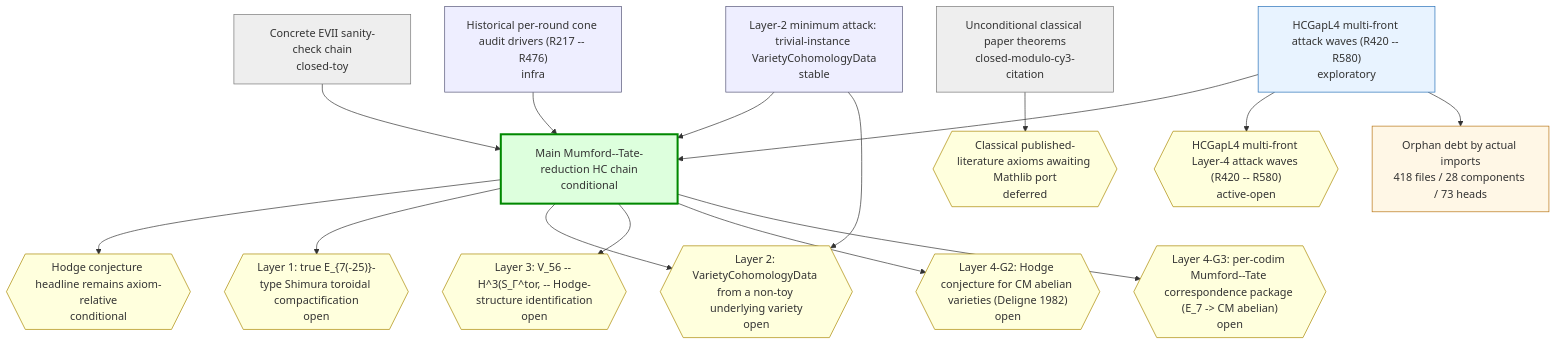
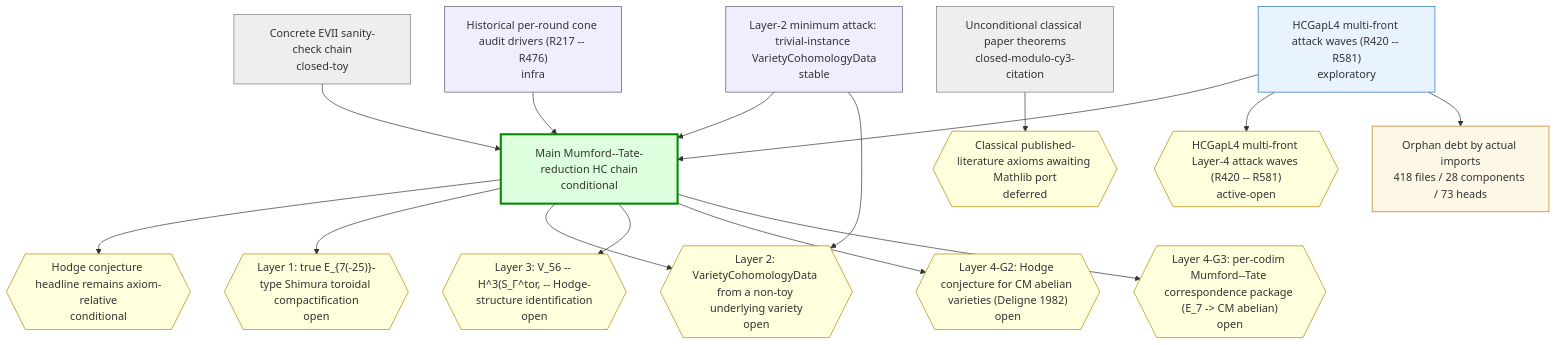
One commit to crabsatellite/hodge-conjecture-lean4-formalization changed the first of 2 diagrams in chain-status/research-map.md. Above: the diagram before and after it, drawn with Mermaid. The commit also changed other lines of this file and 7 other files, not shown here.

````diff
--- a/chain-status/research-map.md
+++ b/chain-status/research-map.md
@@ -45,44 +45,44 @@
 ```mermaid
 graph TD
   classDef main fill:#dfd,stroke:#080,stroke-width:3px
   classDef active fill:#e8f3ff,stroke:#2670b8
   classDef support fill:#eef,stroke:#557
   classDef closed fill:#eee,stroke:#777
   classDef dead fill:#fdd,stroke:#a00,stroke-width:2px
   classDef gapOpen fill:#ffd,stroke:#a80
   classDef gapClosed fill:#eee,stroke:#777
   classDef gapDead fill:#fdd,stroke:#a00
   classDef debt fill:#fff7e6,stroke:#b87514
   classDef debtTaxonomy fill:#e8f3ff,stroke:#2670b8,stroke-dasharray:3 3
   classDef debtRule fill:#eefbea,stroke:#398439,stroke-dasharray:3 3
   classDef debtDead fill:#fdd,stroke:#a00,stroke-dasharray:3 3
   chain_main_hc_axiom_relative["Main Mumford--Tate-reduction HC chain\nconditional"]:::main
   chain_unconditional_classical["Unconditional classical paper theorems\nclosed-modulo-cy3-citation"]:::closed
   chain_hcgap_l2_trivial_instances["Layer-2 minimum attack: trivial-instance VarietyCohomologyData\nstable"]:::support
-  chain_hcgap_l4_multifront_active["HCGapL4 multi-front attack waves (R420 -- R580)\nexploratory"]:::active
+  chain_hcgap_l4_multifront_active["HCGapL4 multi-front attack waves (R420 -- R581)\nexploratory"]:::active
   chain_concrete_evii_toy["Concrete EVII sanity-check chain\nclosed-toy"]:::closed
   chain_historical_cone_audits["Historical per-round cone audit drivers (R217 -- R476)\ninfra"]:::support
   gap_G_main_hc{{"Hodge conjecture headline remains axiom-relative\nconditional"}}:::gapOpen
   gap_G_l1_e7_shimura_tor{{"Layer 1: true E_{7(-25)}-type Shimura toroidal compactification\nopen"}}:::gapOpen
   gap_G_l2_cohomology_construction{{"Layer 2: VarietyCohomologyData from a non-toy underlying variety\nopen"}}:::gapOpen
   gap_G_l3_v56_mt_identification{{"Layer 3: V_56 -- H^3(S_Γ^tor, -- Hodge-structure identification\nopen"}}:::gapOpen
   gap_G_l4_cm_abelian_hc{{"Layer 4-G2: Hodge conjecture for CM abelian varieties (Deligne 1982)\nopen"}}:::gapOpen
   gap_G_l4_mt_correspondence{{"Layer 4-G3: per-codim Mumford--Tate correspondence package (E_7 -> CM abelian)\nopen"}}:::gapOpen
   gap_G_classical_mathlib_port{{"Classical published-literature axioms awaiting Mathlib port\ndeferred"}}:::gapOpen
-  gap_G_hcgap_l4_multifront{{"HCGapL4 multi-front Layer-4 attack waves (R420 -- R580)\nactive-open"}}:::gapOpen
+  gap_G_hcgap_l4_multifront{{"HCGapL4 multi-front Layer-4 attack waves (R420 -- R581)\nactive-open"}}:::gapOpen
   chain_main_hc_axiom_relative --> gap_G_main_hc
   chain_main_hc_axiom_relative --> gap_G_l1_e7_shimura_tor
   chain_main_hc_axiom_relative --> gap_G_l2_cohomology_construction
   chain_main_hc_axiom_relative --> gap_G_l3_v56_mt_identification
   chain_main_hc_axiom_relative --> gap_G_l4_cm_abelian_hc
   chain_main_hc_axiom_relative --> gap_G_l4_mt_correspondence
   chain_unconditional_classical --> gap_G_classical_mathlib_port
   chain_hcgap_l2_trivial_instances --> chain_main_hc_axiom_relative
   chain_hcgap_l2_trivial_instances --> gap_G_l2_cohomology_construction
   chain_hcgap_l4_multifront_active --> chain_main_hc_axiom_relative
   chain_hcgap_l4_multifront_active --> gap_G_hcgap_l4_multifront
   chain_concrete_evii_toy --> chain_main_hc_axiom_relative
   chain_historical_cone_audits --> chain_main_hc_axiom_relative
   debt_all["Orphan debt by actual imports\n418 files / 28 components / 73 heads"]:::debt
   chain_hcgap_l4_multifront_active --> debt_all
 ```
````
